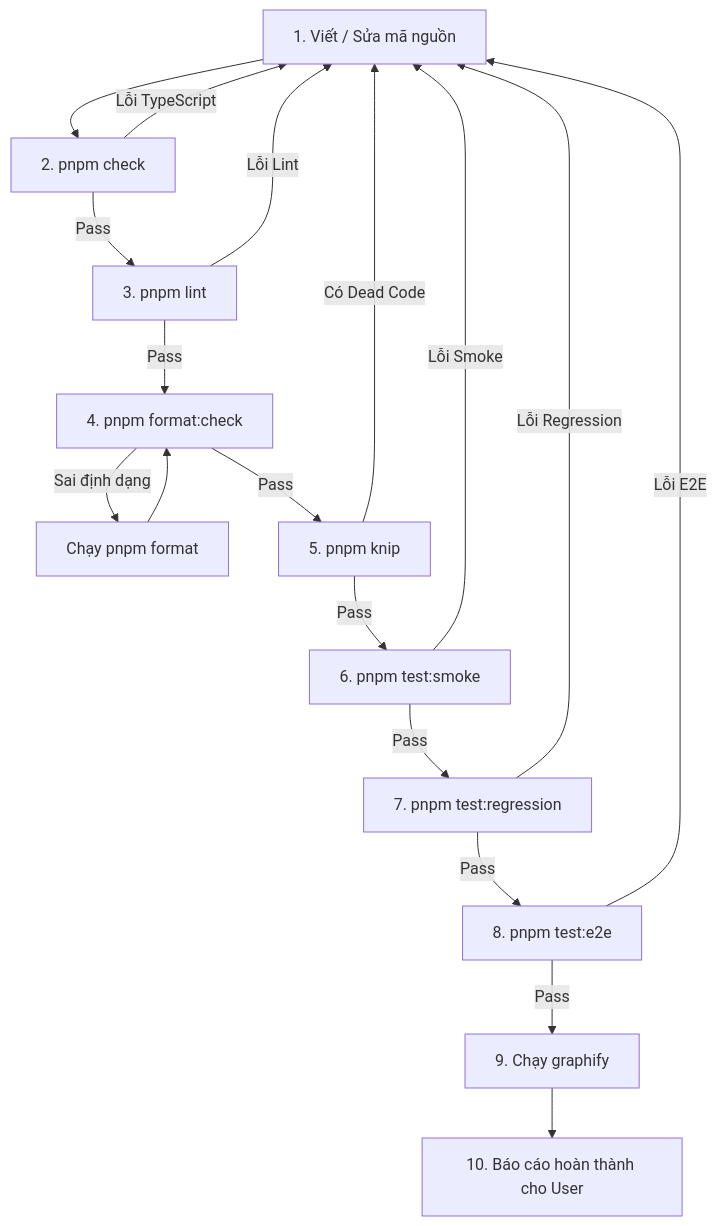
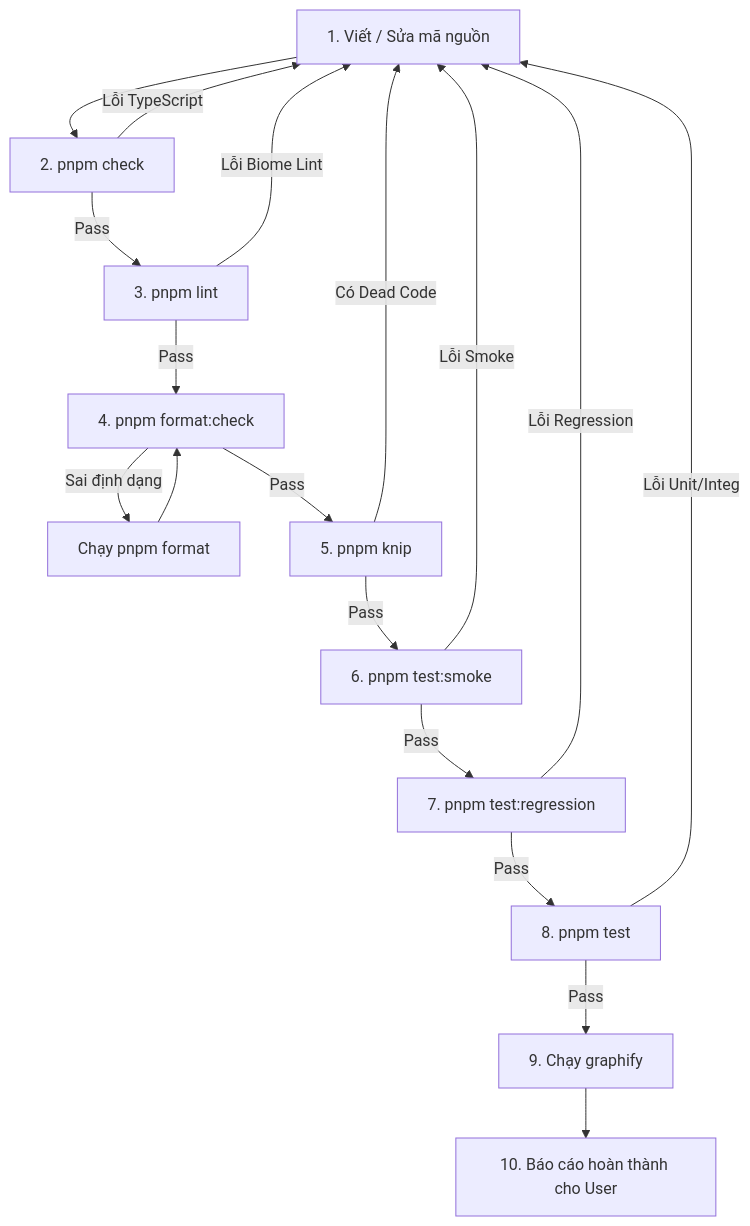
Before and after one commit to akhademik/epub-spell-check: the diagram in DEVELOPMENT_WORKFLOW.md, drawn with Mermaid. The commit also changed other lines of this file and 30 other files, not shown here.

````diff
--- a/DEVELOPMENT_WORKFLOW.md
+++ b/DEVELOPMENT_WORKFLOW.md
@@ -112,19 +98,19 @@
 ```mermaid
 flowchart TD
     A[1. Viết / Sửa mã nguồn] --> B[2. pnpm check]
     B -->|Lỗi TypeScript| A
     B -->|Pass| C[3. pnpm lint]
-    C -->|Lỗi Lint| A
+    C -->|Lỗi Biome Lint| A
     C -->|Pass| D[4. pnpm format:check]
     D -->|Sai định dạng| E_FMT[Chạy pnpm format] --> D
     D -->|Pass| E[5. pnpm knip]
     E -->|Có Dead Code| A
     E -->|Pass| F[6. pnpm test:smoke]
     F -->|Lỗi Smoke| A
     F -->|Pass| G[7. pnpm test:regression]
     G -->|Lỗi Regression| A
-    G -->|Pass| H[8. pnpm test:e2e]
-    H -->|Lỗi E2E| A
+    G -->|Pass| H[8. pnpm test]
+    H -->|Lỗi Unit/Integ| A
     H -->|Pass| I[9. Chạy graphify]
     I --> J[10. Báo cáo hoàn thành cho User]
 ```
````
